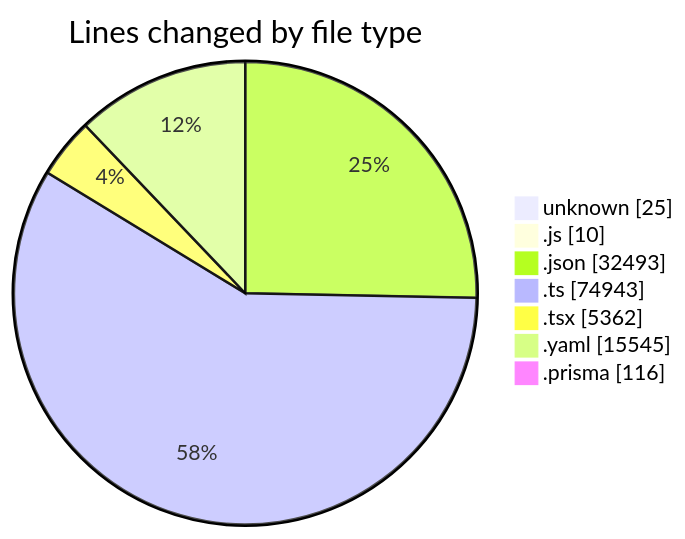
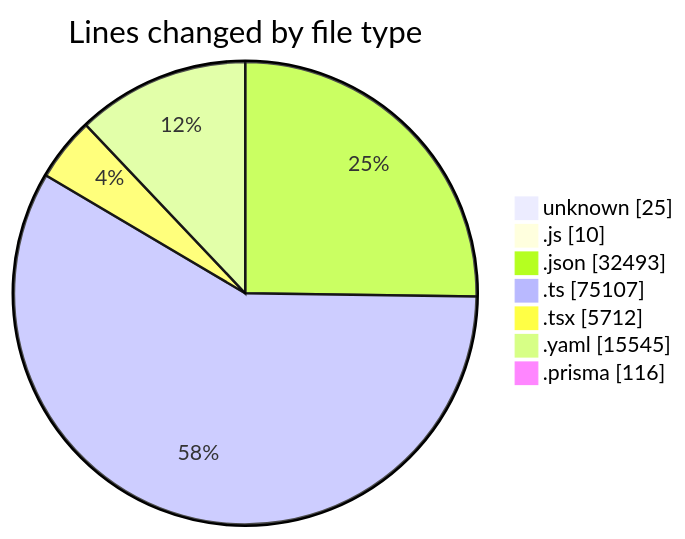
The first of 2 diagrams in 2025-05-02/ecodeli/README.md (CELIANVF/code-tracking), drawn with Mermaid before and after one commit. The commit also changed other lines of this file and 1 other file, not shown here.

````diff
--- a/2025-05-02/ecodeli/README.md
+++ b/2025-05-02/ecodeli/README.md
@@ -80,11 +83,11 @@
 ```mermaid
 pie showData
 title Lines changed by file type
 "unknown" : 25
 ".js" : 10
 ".json" : 32493
-".ts" : 74943
-".tsx" : 5362
+".ts" : 75107
+".tsx" : 5712
 ".yaml" : 15545
 ".prisma" : 116
 ```
````
